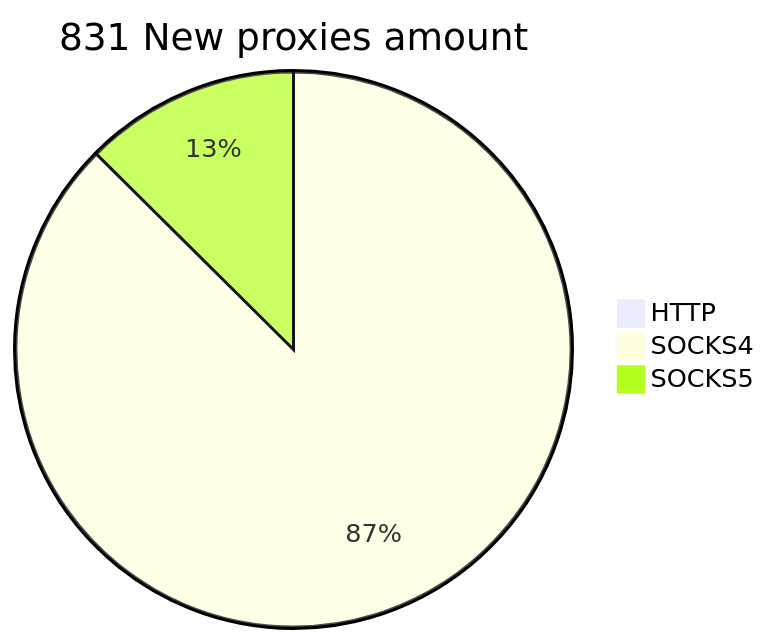
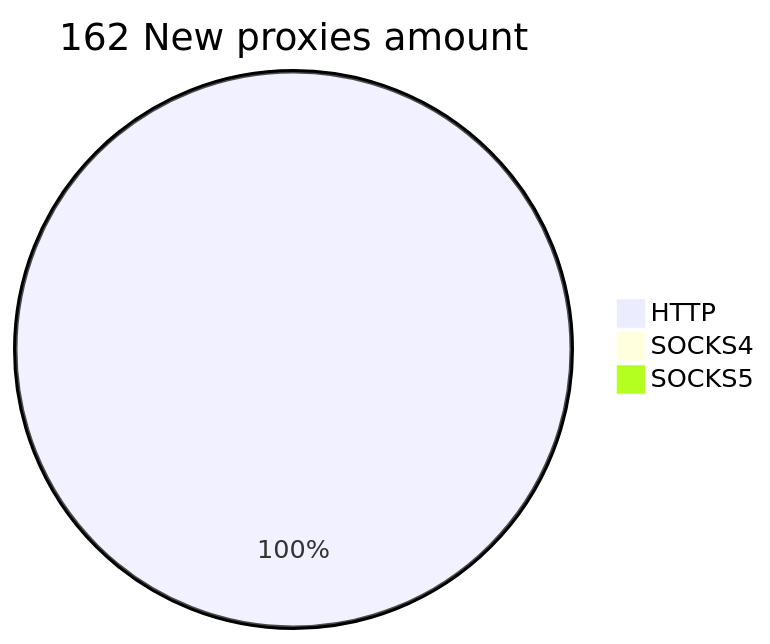
The second of 2 diagrams in README.md (cutipu/proxylist), drawn with Mermaid before and after one commit. The commit also changed other lines of this file, not shown here.

````diff
--- a/README.md
+++ b/README.md
@@ -10,6 +10,6 @@
 ```mermaid
-pie title 831 New proxies amount
-    "HTTP" : 0
-    "SOCKS4" : 814
-    "SOCKS5" : 117
+pie title 162 New proxies amount
+    "HTTP" : 272
+    "SOCKS4" : 0
+    "SOCKS5" : 0
 ```
````
